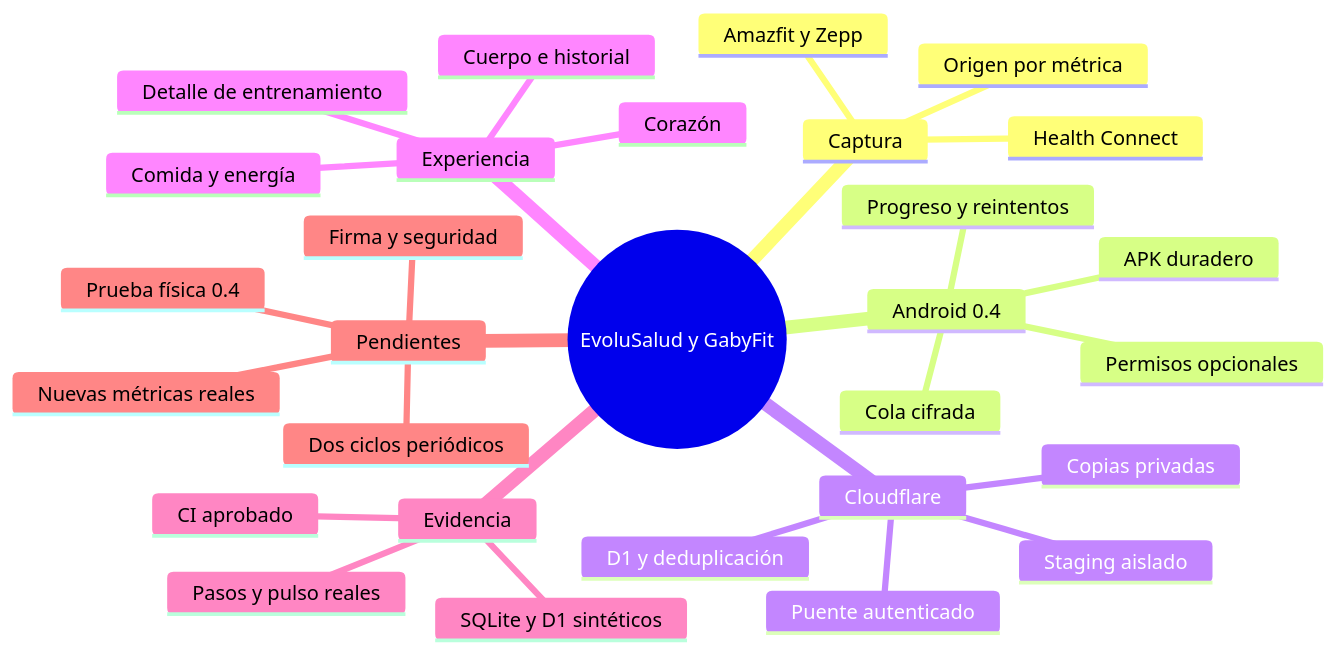
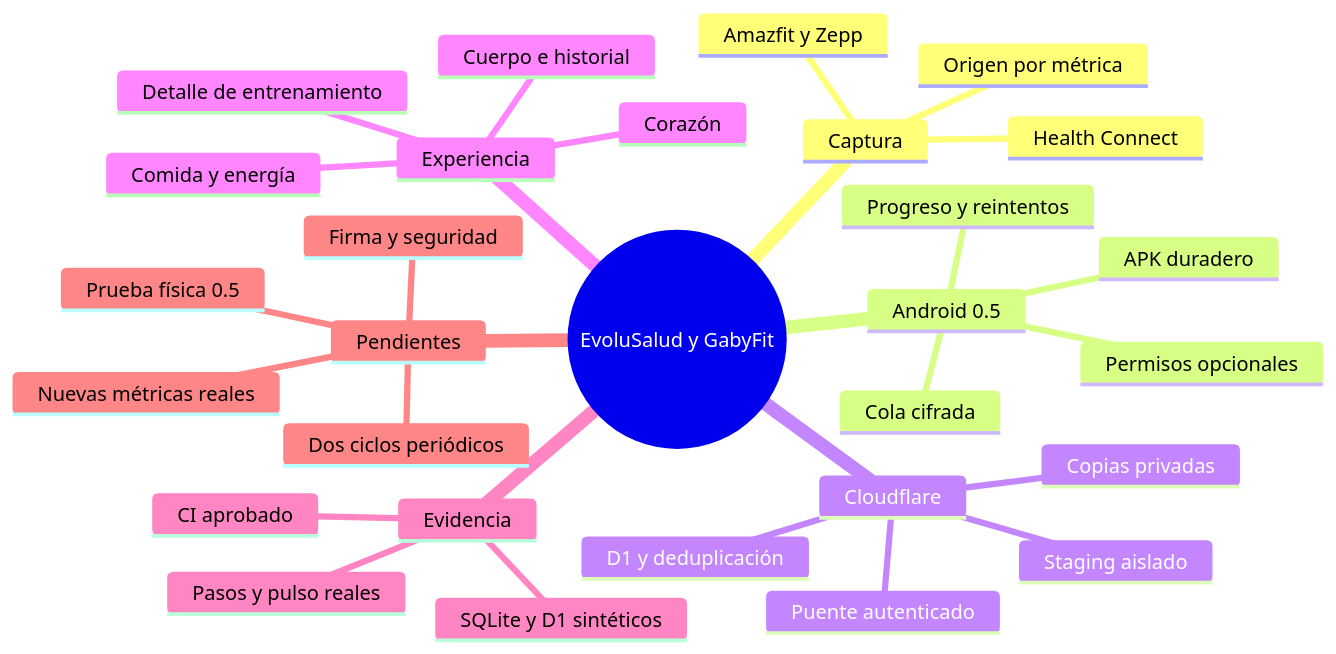
The diagram in docs/evolusalud-project/MEMORIA-MAESTRA.md (gabyfrancom/gabyfit), drawn with Mermaid before and after one commit. The commit also changed other lines of this file and 2 other files, not shown here.

````diff
--- a/docs/evolusalud-project/MEMORIA-MAESTRA.md
+++ b/docs/evolusalud-project/MEMORIA-MAESTRA.md
@@ -172,32 +177,32 @@
 ```mermaid
 mindmap
   root((EvoluSalud y GabyFit))
     Captura
       Amazfit y Zepp
       Health Connect
       Origen por métrica
-    Android 0.4
+    Android 0.5
       Permisos opcionales
       Cola cifrada
       Progreso y reintentos
       APK duradero
     Cloudflare
       Staging aislado
       Puente autenticado
       D1 y deduplicación
       Copias privadas
     Experiencia
       Cuerpo e historial
       Corazón
       Comida y energía
       Detalle de entrenamiento
     Evidencia
       CI aprobado
       SQLite y D1 sintéticos
       Pasos y pulso reales
     Pendientes
-      Prueba física 0.4
+      Prueba física 0.5
       Nuevas métricas reales
       Dos ciclos periódicos
       Firma y seguridad
 ```
````
